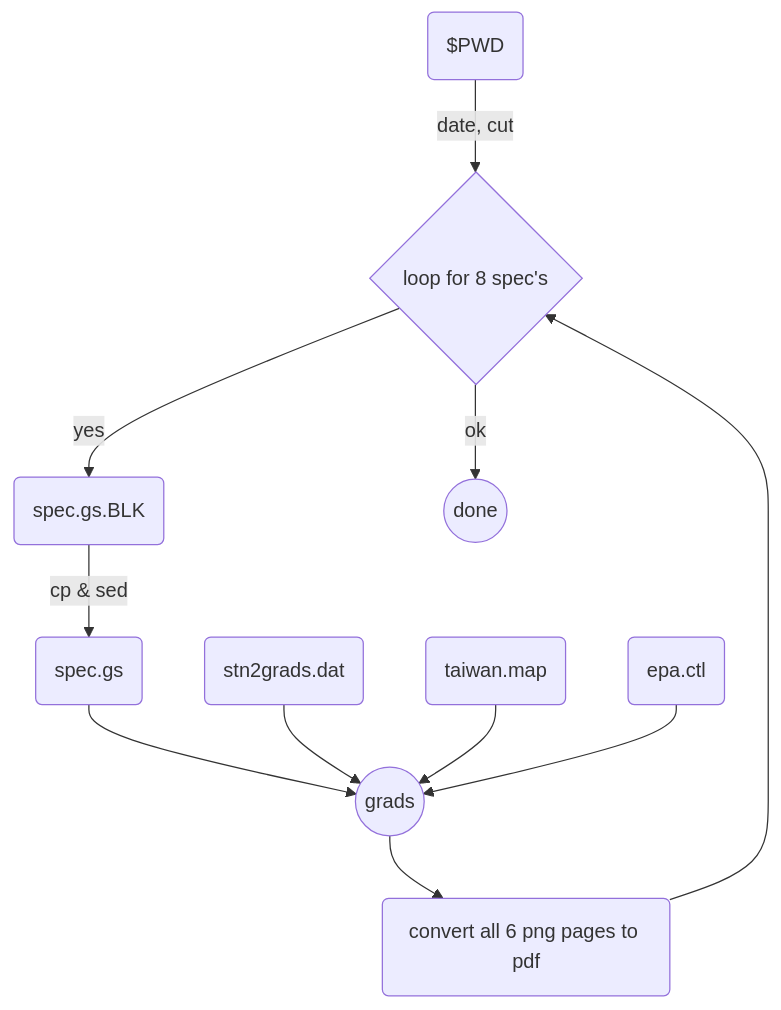
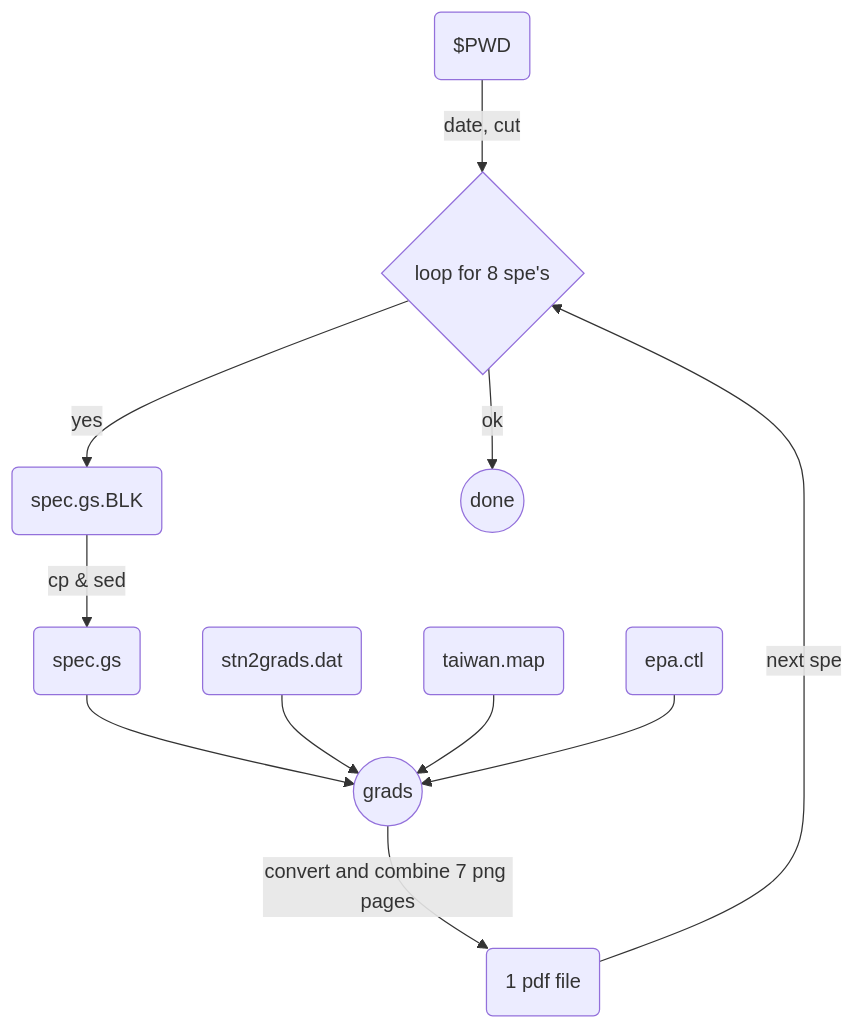
Before and after one commit to sinotec2/FAQ: the third of 3 diagrams in _posts/2022-07-21-ovm2grads.md, drawn with Mermaid.

````diff
--- a/_posts/2022-07-21-ovm2grads.md
+++ b/_posts/2022-07-21-ovm2grads.md
@@ -107,13 +107,13 @@
 ```mermaid
 graph TD
-    J($PWD) -- date, cut -->D{loop for 8 spec's}
+    J($PWD) -- date, cut -->D{loop for 8 spe's}
     D -- yes --> A(spec.gs.BLK)
     A -- cp & sed --> B(spec.gs)    
     B --> E((grads))
     C(stn2grads.dat) --> E
     I(taiwan.map) --> E
     H(epa.ctl) --> E
-    E --> F(convert all 6 png pages to pdf)
-    F --> D
+    E -- convert and combine 7 png pages --> F( 1 pdf file)
+    F -- next spe --> D
     D -- ok --> G((done))
 ```
````
